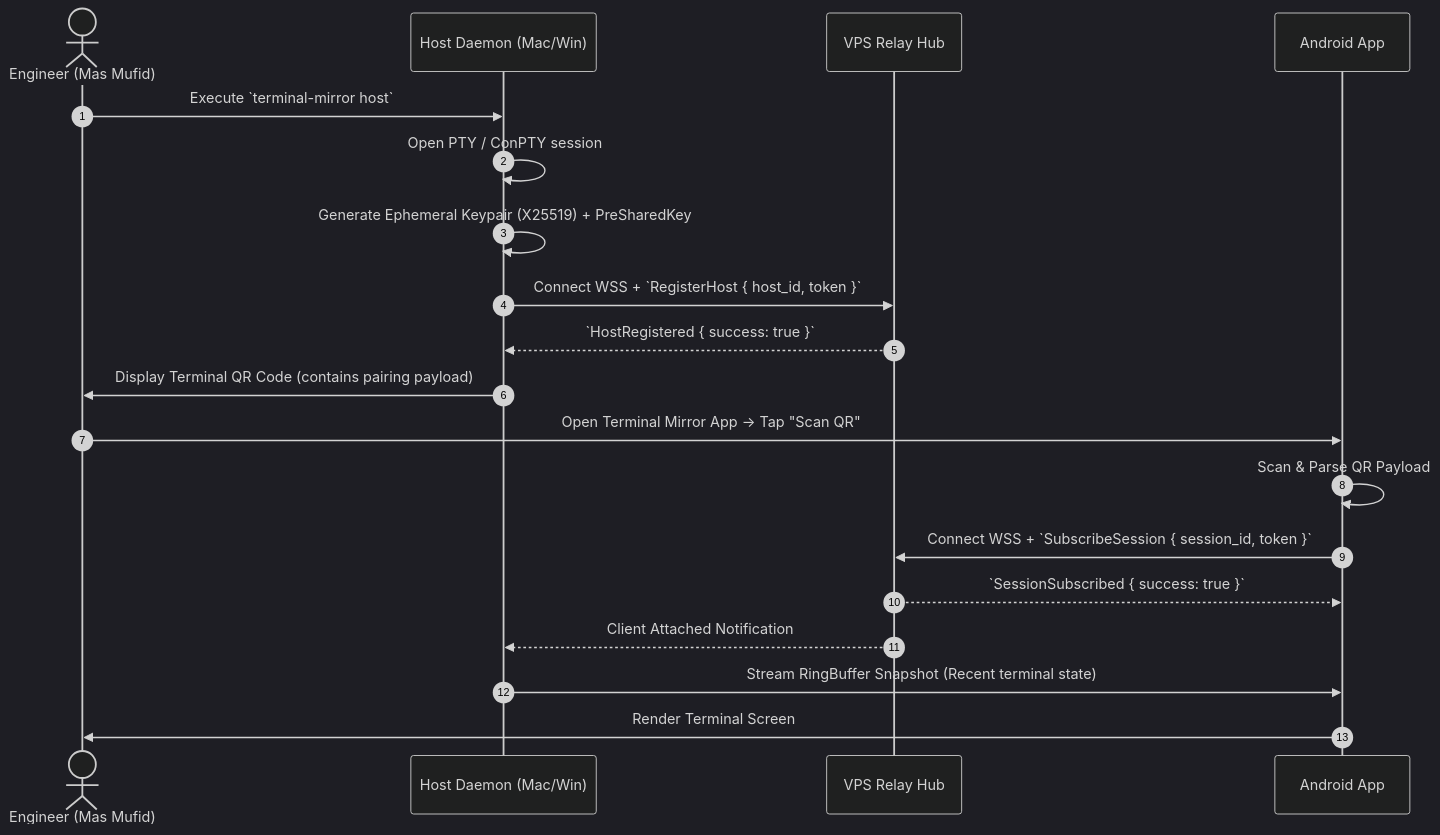
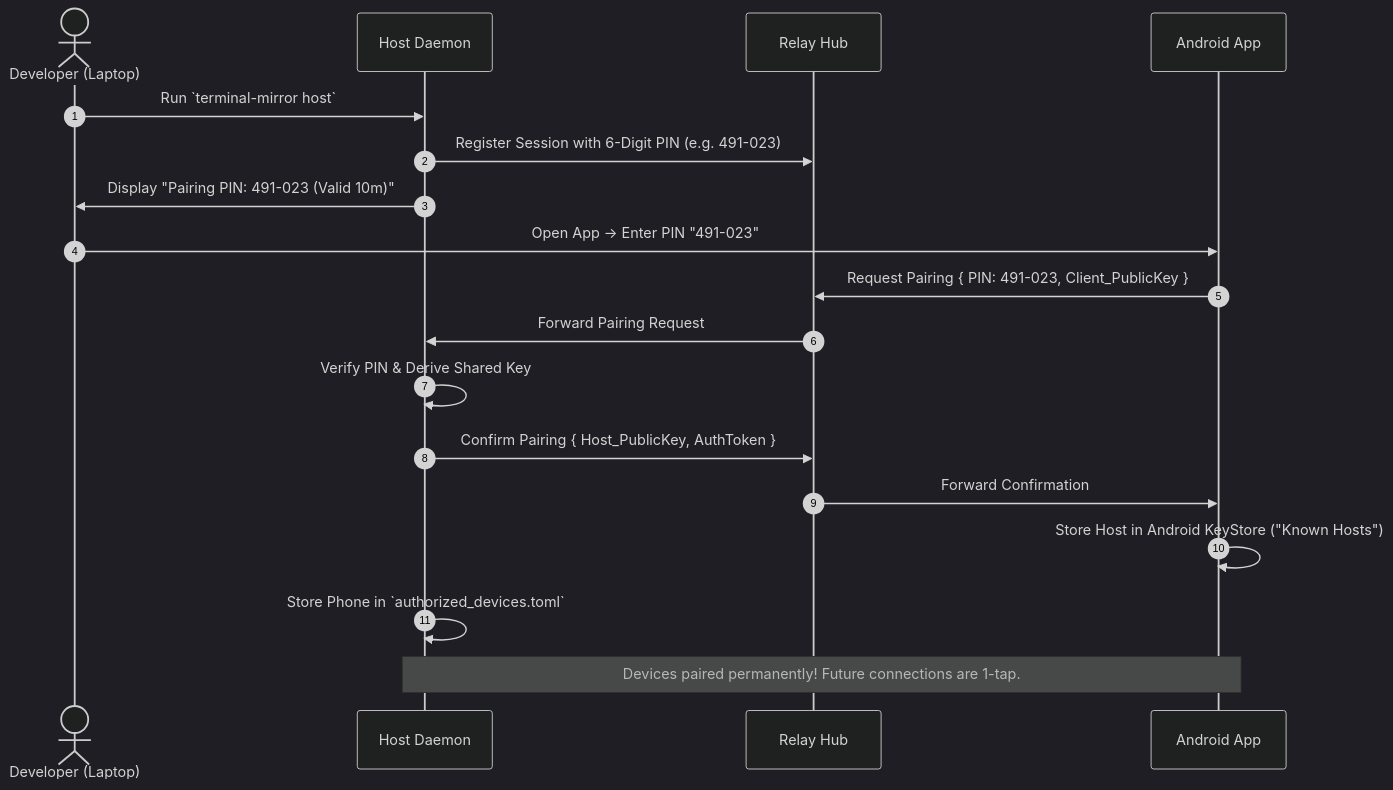
The third of 4 diagrams in docs/ARCHITECTURE_DIAGRAM.md (mufidhadi/terminal-mirror), drawn with Mermaid (dark theme) before and after one commit. The commit also changed other lines of this file and 14 other files, not shown here.

````diff
--- a/docs/ARCHITECTURE_DIAGRAM.md
+++ b/docs/ARCHITECTURE_DIAGRAM.md
@@ -117,23 +95,22 @@
 ```mermaid
 sequenceDiagram
     autonumber
-    actor User as Engineer (Mas Mufid)
-    participant Host as Host Daemon (Mac/Win)
-    participant Relay as VPS Relay Hub
+    actor Dev as Developer (Laptop)
+    participant Host as Host Daemon
+    participant Relay as Relay Hub
     participant Phone as Android App
 
-    User->>Host: Execute `terminal-mirror host`
-    Host->>Host: Open PTY / ConPTY session
-    Host->>Host: Generate Ephemeral Keypair (X25519) + PreSharedKey
-    Host->>Relay: Connect WSS + `RegisterHost { host_id, token }`
-    Relay-->>Host: `HostRegistered { success: true }`
-    Host->>User: Display Terminal QR Code (contains pairing payload)
+    Dev->>Host: Run `terminal-mirror host`
+    Host->>Relay: Register Session with 6-Digit PIN (e.g. 491-023)
+    Host->>Dev: Display "Pairing PIN: 491-023 (Valid 10m)"
 
-    User->>Phone: Open Terminal Mirror App -> Tap "Scan QR"
-    Phone->>Phone: Scan & Parse QR Payload
-    Phone->>Relay: Connect WSS + `SubscribeSession { session_id, token }`
-    Relay-->>Phone: `SessionSubscribed { success: true }`
-    Relay-->>Host: Client Attached Notification
-    Host->>Phone: Stream RingBuffer Snapshot (Recent terminal state)
-    Phone->>User: Render Terminal Screen
+    Dev->>Phone: Open App -> Enter PIN "491-023"
+    Phone->>Relay: Request Pairing { PIN: 491-023, Client_PublicKey }
+    Relay->>Host: Forward Pairing Request
+    Host->>Host: Verify PIN & Derive Shared Key
+    Host->>Relay: Confirm Pairing { Host_PublicKey, AuthToken }
+    Relay->>Phone: Forward Confirmation
+    Phone->>Phone: Store Host in Android KeyStore ("Known Hosts")
+    Host->>Host: Store Phone in `authorized_devices.toml`
+    Note over Host,Phone: Devices paired permanently! Future connections are 1-tap.
 ```
````
